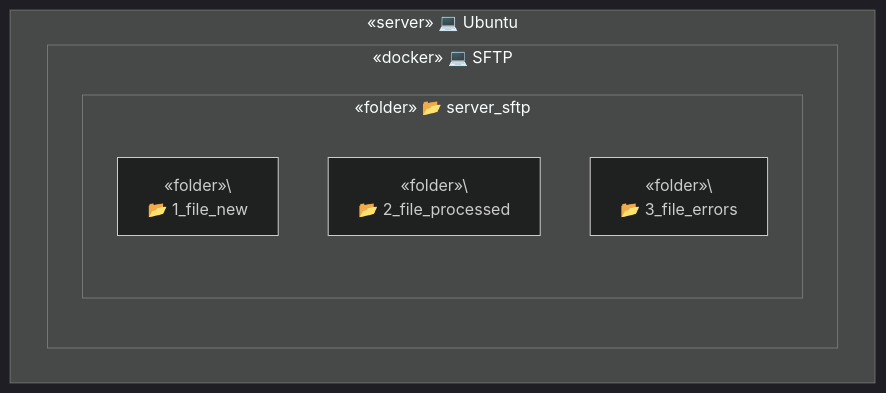
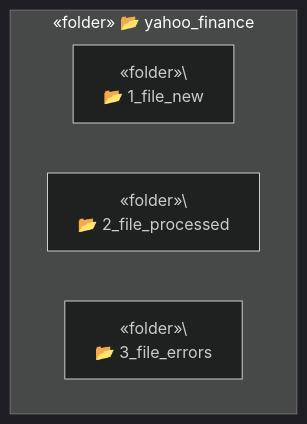
One commit to TrulyDigital/DATA_STREET changed the fourth of 6 diagrams in server_sftp/README.md. Above: the diagram before and after it, drawn with Mermaid (dark theme).

Commit message:
update: server_sftp README.md

````diff
--- a/server_sftp/README.md
+++ b/server_sftp/README.md
@@ -54,12 +54,8 @@
 ```mermaid
 graph TD
-    subgraph Container_A [«server» 💻 Ubuntu]
-        subgraph Container_B [«docker» 💻 SFTP]
-            subgraph Container_C [«folder» 📂 server_sftp]
-                C1[«folder»\<br/> 📂 1_file_new]
-                C2[«folder»\<br/> 📂 2_file_processed]
-                C3[«folder»\<br/> 📂 3_file_errors]
-            end
-        end
+    subgraph Container_A [«folder» 📂 yahoo_finance]
+        A1[«folder»\<br/> 📂 1_file_new]
+        A2[«folder»\<br/> 📂 2_file_processed]
+        A3[«folder»\<br/> 📂 3_file_errors]
     end
 ```
````
